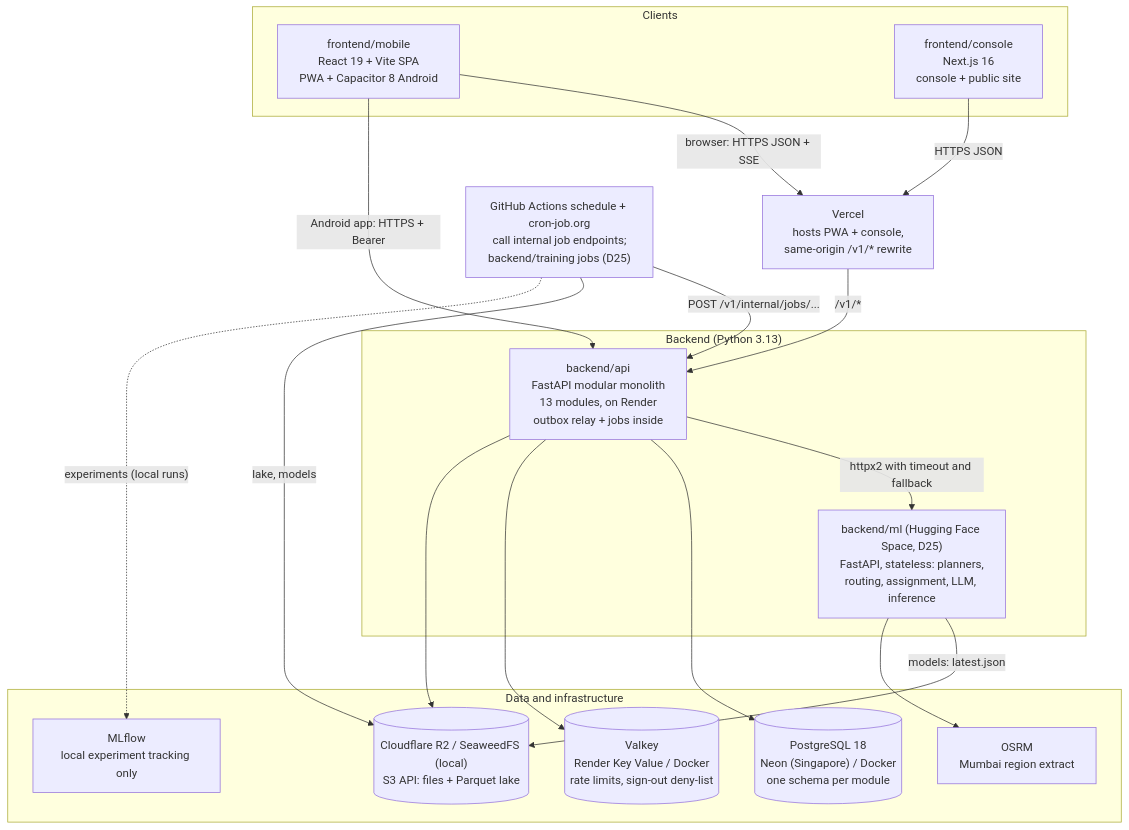
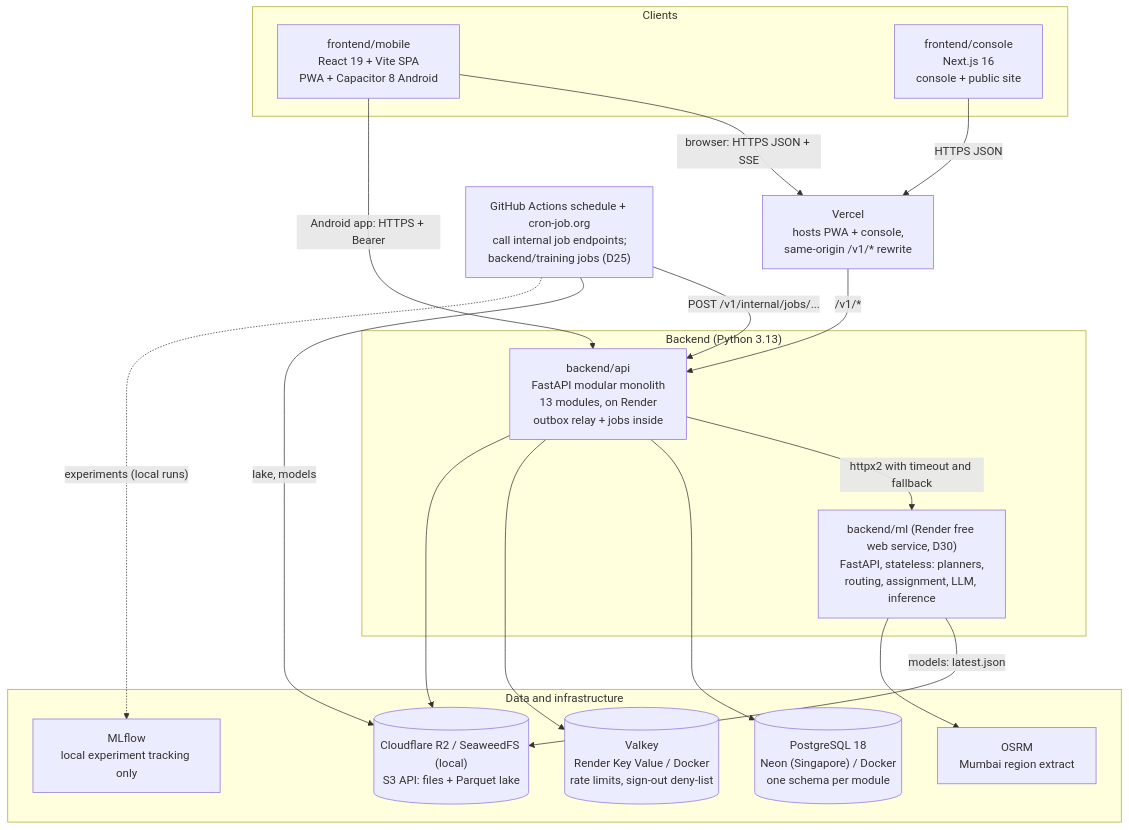
One commit to prelekar7/GharBasket changed the second of 5 diagrams in docs/handbook/04-system-architecture.md. Above: the diagram before and after it, drawn with Mermaid. The commit also changed other lines of this file and 28 other files, not shown here.

First line of the commit message:
docs(intel): the ML service is on Render, the mandi collector on a VM; fix stale docs and contract gaps (#478)

````diff
--- a/docs/handbook/04-system-architecture.md
+++ b/docs/handbook/04-system-architecture.md
@@ -53,33 +53,33 @@
 ```mermaid
 flowchart TB
   subgraph Clients
     MOB["frontend/mobile<br/>React 19 + Vite SPA<br/>PWA + Capacitor 8 Android"]
     CON["frontend/console<br/>Next.js 16<br/>console + public site"]
   end
   VER["Vercel<br/>hosts PWA + console,<br/>same-origin /v1/* rewrite"]
   GHA["GitHub Actions schedule + cron-job.org<br/>call internal job endpoints;<br/>backend/training jobs (D25)"]
   subgraph Backend["Backend (Python 3.13)"]
     API["backend/api<br/>FastAPI modular monolith<br/>13 modules, on Render<br/>outbox relay + jobs inside"]
-    ML["backend/ml (Hugging Face Space, D25)<br/>FastAPI, stateless: planners,<br/>routing, assignment, LLM, inference"]
+    ML["backend/ml (Render free web service, D30)<br/>FastAPI, stateless: planners,<br/>routing, assignment, LLM, inference"]
   end
   subgraph Data["Data and infrastructure"]
     PG[("PostgreSQL 18<br/>Neon (Singapore) / Docker<br/>one schema per module")]
     VK[("Valkey<br/>Render Key Value / Docker<br/>rate limits, sign-out deny-list")]
     MLF["MLflow<br/>local experiment tracking only"]
     OBJ[("Cloudflare R2 / SeaweedFS (local)<br/>S3 API: files + Parquet lake")]
     OSRM["OSRM<br/>Mumbai region extract"]
   end
   MOB -->|"browser: HTTPS JSON + SSE"| VER
   CON -->|"HTTPS JSON"| VER
   VER -->|"/v1/*"| API
   MOB -->|"Android app: HTTPS + Bearer"| API
   GHA -->|"POST /v1/internal/jobs/..."| API
   API -->|"httpx2 with timeout and fallback"| ML
   API --> PG
   API --> VK
   ML -->|"models: latest.json"| OBJ
   ML --> OSRM
   GHA -->|"lake, models"| OBJ
   GHA -.->|"experiments (local runs)"| MLF
   API --> OBJ
 ```
````
